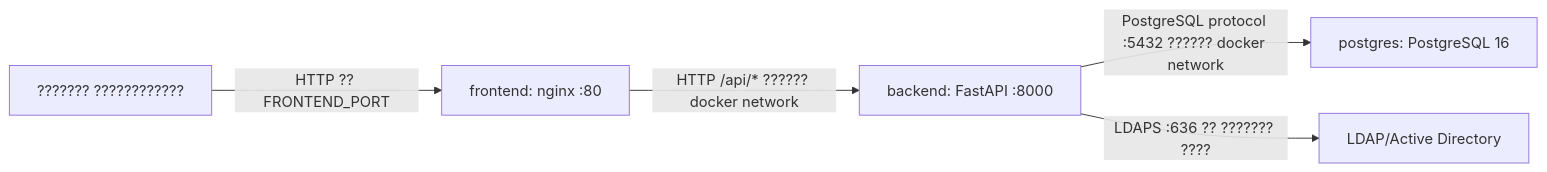
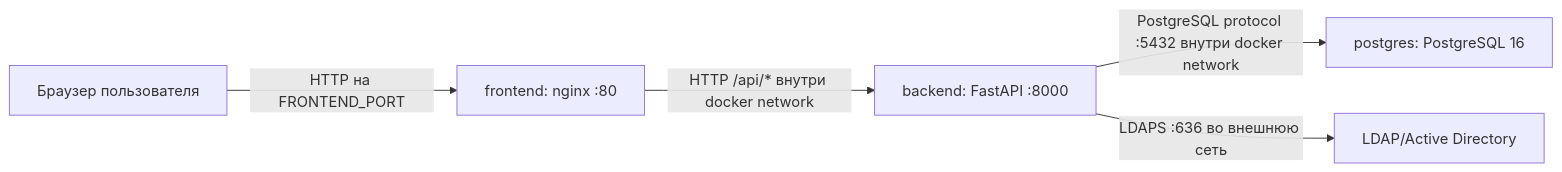
Before and after one commit to DonFilini/parking_booking_service: the diagram in README.md, drawn with Mermaid. The commit also changed other lines of this file and 2 other files, not shown here.

````diff
--- a/README.md
+++ b/README.md
@@ -15,7 +15,7 @@
 ```mermaid
 flowchart LR
-    U["??????? ????????????"] -->|HTTP ?? FRONTEND_PORT| F["frontend: nginx :80"]
-    F -->|HTTP /api/* ?????? docker network| B["backend: FastAPI :8000"]
-    B -->|PostgreSQL protocol :5432 ?????? docker network| P["postgres: PostgreSQL 16"]
-    B -->|LDAPS :636 ?? ??????? ????| L["LDAP/Active Directory"]
+    U["Браузер пользователя"] -->|HTTP на FRONTEND_PORT| F["frontend: nginx :80"]
+    F -->|HTTP /api/* внутри docker network| B["backend: FastAPI :8000"]
+    B -->|PostgreSQL protocol :5432 внутри docker network| P["postgres: PostgreSQL 16"]
+    B -->|LDAPS :636 во внешнюю сеть| L["LDAP/Active Directory"]
 ```
````
